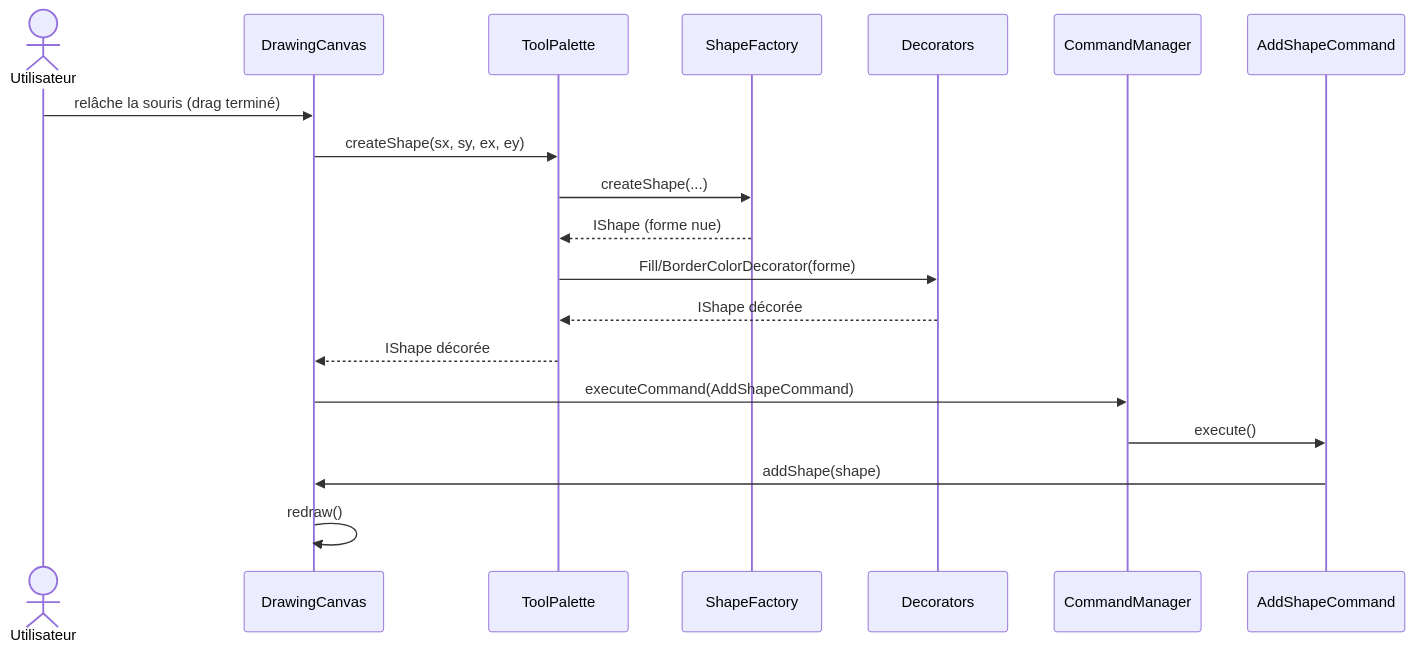
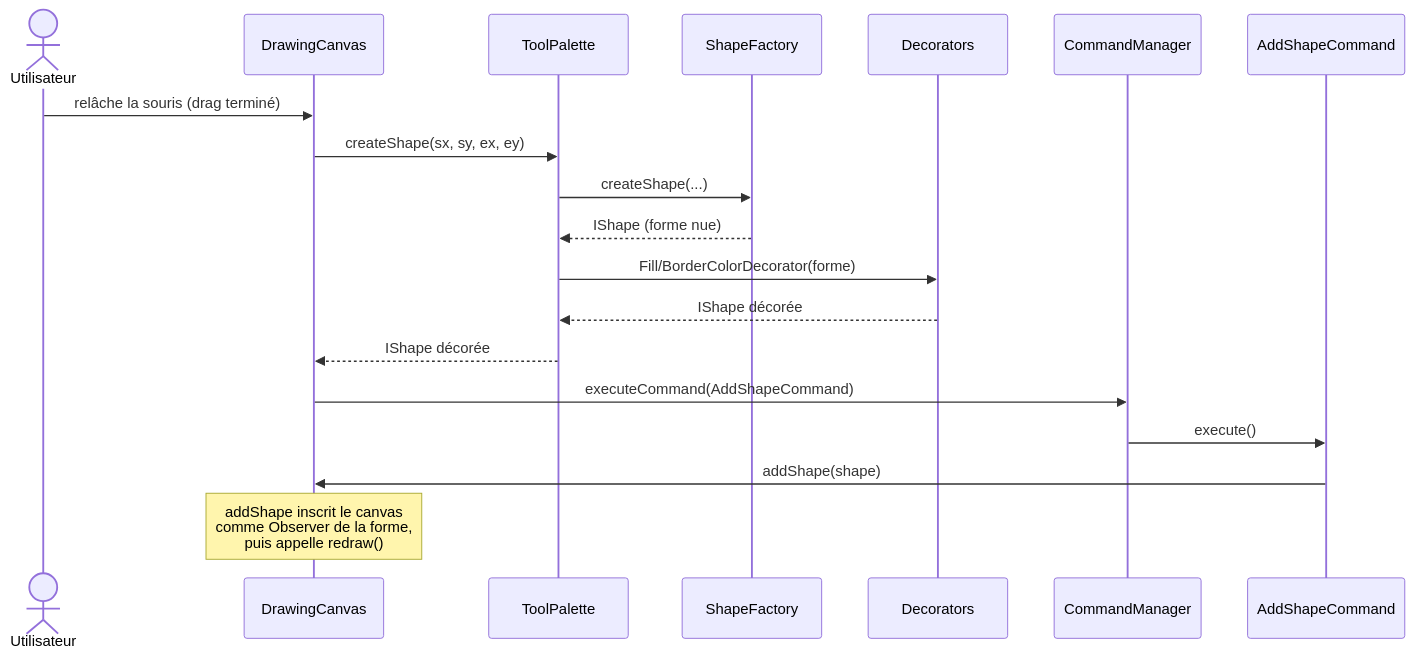
The tenth of 13 diagrams in DOCUMENTATION.md (yosrtaktak/DesignDraw), drawn with Mermaid before and after one commit. The commit also changed other lines of this file and 18 other files, not shown here.

First line of the commit message:
refactor: holder-idiom singletons, proper Observer wiring, class diagram

````diff
--- a/DOCUMENTATION.md
+++ b/DOCUMENTATION.md
@@ -577,22 +733,22 @@
 ```mermaid
 sequenceDiagram
     actor U as Utilisateur
     participant C as DrawingCanvas
     participant P as ToolPalette
     participant F as ShapeFactory
     participant D as Decorators
     participant M as CommandManager
     participant Cmd as AddShapeCommand
 
     U->>C: relâche la souris (drag terminé)
     C->>P: createShape(sx, sy, ex, ey)
     P->>F: createShape(...)
     F-->>P: IShape (forme nue)
     P->>D: Fill/BorderColorDecorator(forme)
     D-->>P: IShape décorée
     P-->>C: IShape décorée
     C->>M: executeCommand(AddShapeCommand)
     M->>Cmd: execute()
     Cmd->>C: addShape(shape)
-    C->>C: redraw()
+    Note over C: addShape inscrit le canvas<br/>comme Observer de la forme,<br/>puis appelle redraw()
 ```
````
